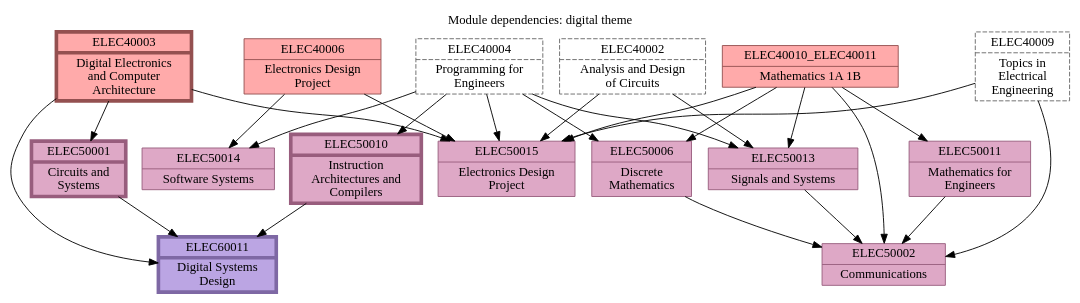
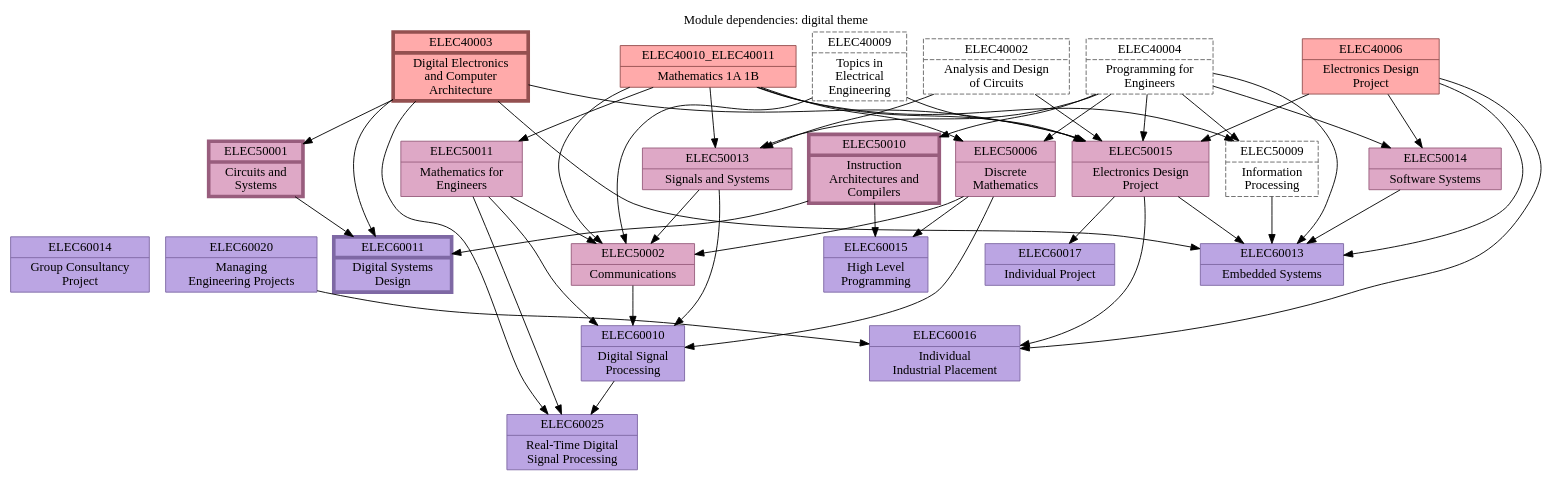
One commit to johnwickerson/ee_modules changed the diagram in modules.dot. Above: the diagram before and after it, drawn with Graphviz. The commit also changed 3 other files, not shown here.

```diff
--- a/modules.dot
+++ b/modules.dot
@@ -1,96 +1,137 @@
 // This is an auto-generated file. Don't edit this file; edit `modules.yml` instead.
 
 digraph G {
   graph[root="root"];
   node[shape="record", style="filled"];
 
   node[color="#945050", fillcolor="#ffaaaa", penwidth=4, style="filled"];
 
   ELEC40003 [label="{ELEC40003 | Digital Electronics\nand Computer\nArchitecture}"];
 
 
   node[penwidth=1];
 
   ELEC40006 [label="{ELEC40006 | Electronics Design\nProject}"];
 
   ELEC40010_ELEC40011 [label="{ELEC40010_ELEC40011 | Mathematics 1A 1B}"];
 
 
   node[color="#666666", fillcolor="#dddddd", style="dashed"];
 
   ELEC40009 [label="{ELEC40009 | Topics in\nElectrical\nEngineering}"];
 
   ELEC40002 [label="{ELEC40002 | Analysis and Design\nof Circuits}"];
 
   ELEC40004 [label="{ELEC40004 | Programming for\nEngineers}"];
 
   node[color="#985d7d", fillcolor="#dea8c6", penwidth=4, style="filled"];
 
   ELEC50001 [label="{ELEC50001 | Circuits and\nSystems}"];
   ELEC40003 -> ELEC50001;
 
   ELEC50010 [label="{ELEC50010 | Instruction\nArchitectures and\nCompilers}"];
   ELEC40004 -> ELEC50010;
 
 
   node[penwidth=1];
 
-  ELEC50002 [label="{ELEC50002 | Communications}"];
-  ELEC40009 -> ELEC50002;
-  ELEC40010_ELEC40011 -> ELEC50002;
-  ELEC50006 -> ELEC50002;
-  ELEC50011 -> ELEC50002;
-  ELEC50013 -> ELEC50002;
+  ELEC50014 [label="{ELEC50014 | Software Systems}"];
+  ELEC40004 -> ELEC50014;
+  ELEC40006 -> ELEC50014;
 
   ELEC50015 [label="{ELEC50015 | Electronics Design\nProject}"];
   ELEC40002 -> ELEC50015;
   ELEC40003 -> ELEC50015;
   ELEC40004 -> ELEC50015;
   ELEC40006 -> ELEC50015;
   ELEC40009 -> ELEC50015;
   ELEC40010_ELEC40011 -> ELEC50015;
 
-  ELEC50014 [label="{ELEC50014 | Software Systems}"];
-  ELEC40004 -> ELEC50014;
-  ELEC40006 -> ELEC50014;
+  ELEC50002 [label="{ELEC50002 | Communications}"];
+  ELEC40009 -> ELEC50002;
+  ELEC40010_ELEC40011 -> ELEC50002;
+  ELEC50006 -> ELEC50002;
+  ELEC50011 -> ELEC50002;
+  ELEC50013 -> ELEC50002;
 
   ELEC50006 [label="{ELEC50006 | Discrete\nMathematics}"];
   ELEC40004 -> ELEC50006;
   ELEC40010_ELEC40011 -> ELEC50006;
 
   ELEC50011 [label="{ELEC50011 | Mathematics for\nEngineers}"];
   ELEC40010_ELEC40011 -> ELEC50011;
 
 
   node[color="#666666", fillcolor="#dddddd", style="dashed"];
+
+  ELEC50009 [label="{ELEC50009 | Information\nProcessing}"];
+  ELEC40004 -> ELEC50009;
+  ELEC40010_ELEC40011 -> ELEC50009;
 
   ELEC50013 [label="{ELEC50013 | Signals and Systems}"];
   ELEC40002 -> ELEC50013;
   ELEC40004 -> ELEC50013;
   ELEC40010_ELEC40011 -> ELEC50013;
 
   node[color="#7e68a4", fillcolor="#bba5e3", penwidth=4, style="filled"];
 
   ELEC60011 [label="{ELEC60011 | Digital Systems\nDesign}"];
   ELEC40003 -> ELEC60011 [weight=0];
   ELEC50001 -> ELEC60011;
   ELEC50010 -> ELEC60011;
 
 
   node[penwidth=1];
 
+  ELEC60013 [label="{ELEC60013 | Embedded Systems}"];
+  ELEC40003 -> ELEC60013 [weight=0];
+  ELEC40004 -> ELEC60013 [weight=0];
+  ELEC40006 -> ELEC60013 [weight=0];
+  ELEC50014 -> ELEC60013;
+  ELEC50009 -> ELEC60013;
+  ELEC50015 -> ELEC60013;
+
+  ELEC60014 [label="{ELEC60014 | Group Consultancy\nProject}"];
+  ELEC50001 -> ELEC60014 [style=invis];
+
+  ELEC60015 [label="{ELEC60015 | High Level\nProgramming}"];
+  ELEC50010 -> ELEC60015;
+  ELEC50006 -> ELEC60015;
+
+  ELEC60016 [label="{ELEC60016 | Individual\nIndustrial Placement}"];
+  ELEC40006 -> ELEC60016 [weight=0];
+  ELEC50015 -> ELEC60016;
+  ELEC60020 -> ELEC60016;
+
+  ELEC60017 [label="{ELEC60017 | Individual Project}"];
+  ELEC50015 -> ELEC60017;
+
+  ELEC60025 [label="{ELEC60025 | Real-Time Digital\nSignal Processing}"];
+  ELEC40003 -> ELEC60025 [weight=0];
+  ELEC50011 -> ELEC60025;
+  ELEC60010 -> ELEC60025;
+
 
   node[color="#666666", fillcolor="#dddddd", style="dashed"];
+
+  ELEC60020 [label="{ELEC60020 | Managing\nEngineering Projects}"];
+  ELEC50001 -> ELEC60020 [style=invis];
+
+  ELEC60010 [label="{ELEC60010 | Digital Signal\nProcessing}"];
+  ELEC50006 -> ELEC60010;
+  ELEC50011 -> ELEC60010;
+  ELEC50013 -> ELEC60010;
+  ELEC50002 -> ELEC60010;
 
   node[color="#4d5395", fillcolor="#9aa3ff", penwidth=4, style="filled"];
 
 
   node[penwidth=1];
 
 
   node[color="#666666", fillcolor="#dddddd", style="dashed"];
 
   // title
   labelloc="t";
   label="Module dependencies: digital theme";
 }
```
